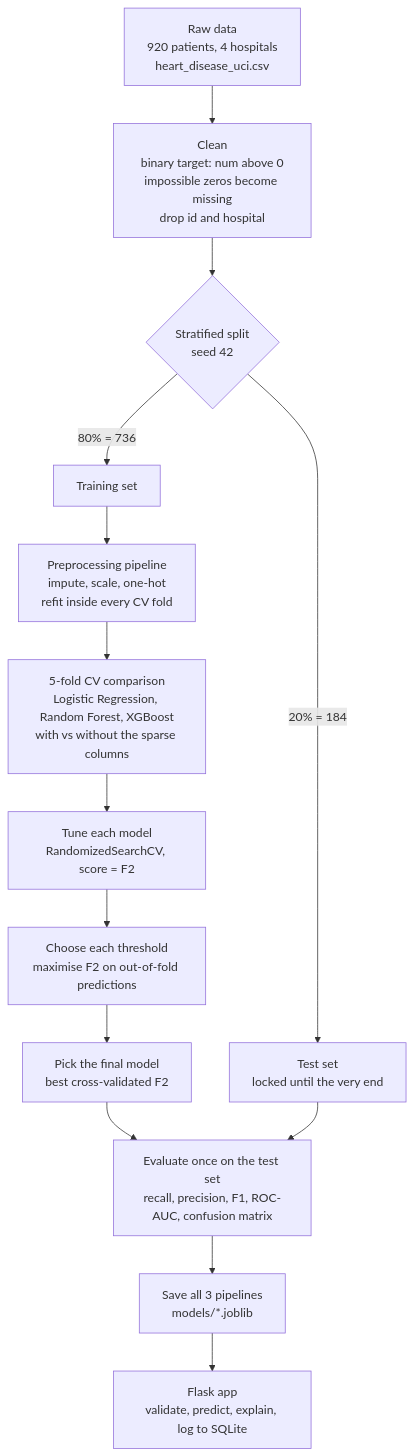
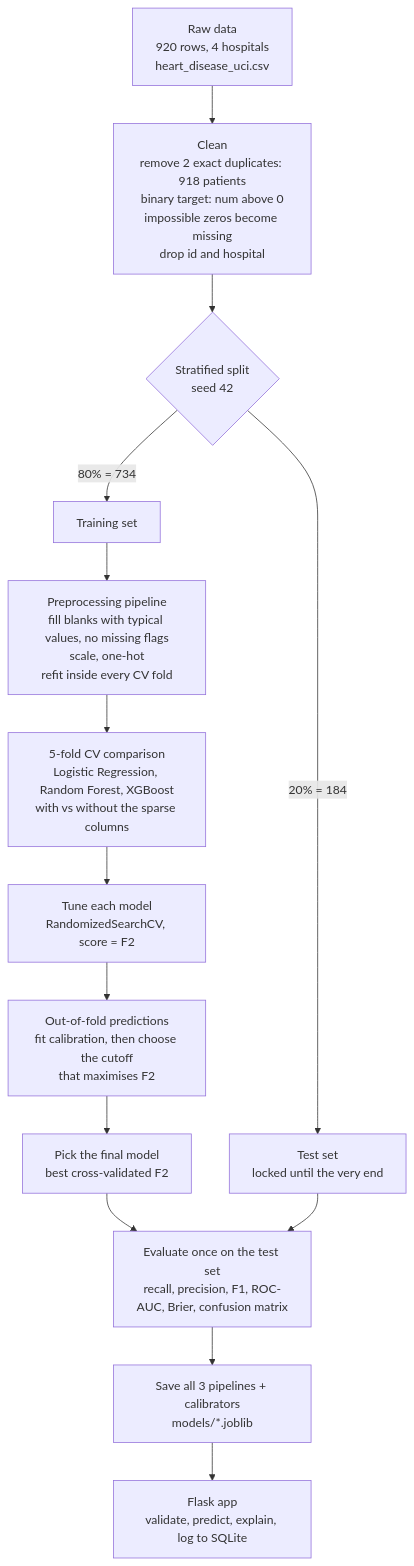
One commit to NathanielRecto/Heart-Disease-Risk-Prediction changed the diagram in README.md. Above: the diagram before and after it, drawn with Mermaid. The commit also changed other lines of this file and 38 other files, not shown here.

````diff
--- a/README.md
+++ b/README.md
@@ -75,16 +79,16 @@
 ```mermaid
 flowchart TD
-    A["Raw data<br/>920 patients, 4 hospitals<br/>heart_disease_uci.csv"] --> B["Clean<br/>binary target: num above 0<br/>impossible zeros become missing<br/>drop id and hospital"]
+    A["Raw data<br/>920 rows, 4 hospitals<br/>heart_disease_uci.csv"] --> B["Clean<br/>remove 2 exact duplicates: 918 patients<br/>binary target: num above 0<br/>impossible zeros become missing<br/>drop id and hospital"]
     B --> C{"Stratified split<br/>seed 42"}
-    C -->|"80% = 736"| D["Training set"]
+    C -->|"80% = 734"| D["Training set"]
     C -->|"20% = 184"| T["Test set<br/>locked until the very end"]
-    D --> E["Preprocessing pipeline<br/>impute, scale, one-hot<br/>refit inside every CV fold"]
+    D --> E["Preprocessing pipeline<br/>fill blanks with typical values, no missing flags<br/>scale, one-hot<br/>refit inside every CV fold"]
     E --> F["5-fold CV comparison<br/>Logistic Regression, Random Forest, XGBoost<br/>with vs without the sparse columns"]
     F --> G["Tune each model<br/>RandomizedSearchCV, score = F2"]
-    G --> H["Choose each threshold<br/>maximise F2 on out-of-fold predictions"]
+    G --> H["Out-of-fold predictions<br/>fit calibration, then choose the cutoff<br/>that maximises F2"]
     H --> I["Pick the final model<br/>best cross-validated F2"]
-    I --> J["Evaluate once on the test set<br/>recall, precision, F1, ROC-AUC, confusion matrix"]
+    I --> J["Evaluate once on the test set<br/>recall, precision, F1, ROC-AUC, Brier, confusion matrix"]
     T --> J
-    J --> K["Save all 3 pipelines<br/>models/*.joblib"]
+    J --> K["Save all 3 pipelines + calibrators<br/>models/*.joblib"]
     K --> L["Flask app<br/>validate, predict, explain, log to SQLite"]
 ```
````
